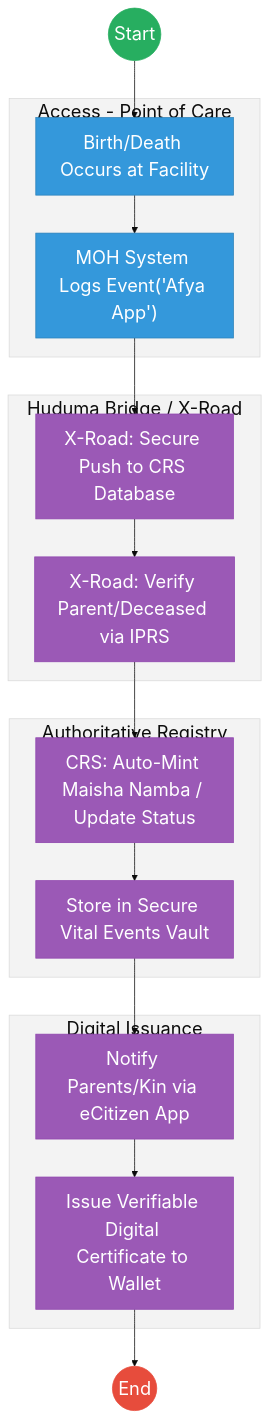
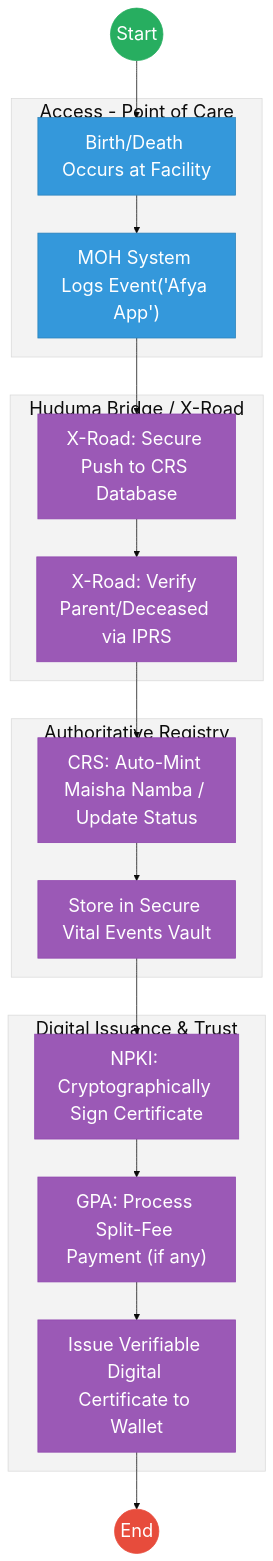
Before and after one commit to BITZ-IT-Consulting-LTD/ictapoc: the second of 2 diagrams in mdas/docs_final/priority_mdas/_CIVIL_REGISTRATION_SERVICES_CRS____Service_Delivery.md, drawn with Mermaid. The commit also changed other lines of this file and 2 other files, not shown here.

Commit message:
updated docker compose

````diff
--- a/mdas/docs_final/priority_mdas/_CIVIL_REGISTRATION_SERVICES_CRS____Service_Delivery.md
+++ b/mdas/docs_final/priority_mdas/_CIVIL_REGISTRATION_SERVICES_CRS____Service_Delivery.md
@@ -118,35 +118,36 @@
 ```mermaid
 %%{init: { 'theme': 'base', 'themeVariables': { 'fontSize': '24px', 'fontFamily': 'Inter, system-ui, sans-serif', 'primaryColor': '#ffffff', 'edgeLabelBackground':'#ffffff', 'tertiaryColor': '#f3f3f3', 'mainBkg': '#ffffff', 'nodeBorder': '#333333' } } }%%
 graph TD
     Start((Start)) --> Event["Birth/Death Occurs at Facility"]
     
     subgraph Layer1["Access - Point of Care"]
         Event --> MOH["MOH System Logs Event('Afya App')"]
     end
     
     subgraph Layer3["Huduma Bridge / X-Road"]
         MOH --> XRoad["X-Road: Secure Push to CRS Database"]
         XRoad --> IPRS["X-Road: Verify Parent/Deceased via IPRS"]
     end
     
     subgraph Layer4["Authoritative Registry"]
         IPRS --> Mint["CRS: Auto-Mint Maisha Namba / Update Status"]
         Mint --> Vault["Store in Secure Vital Events Vault"]
     end
     
-    subgraph Output["Digital Issuance"]
-        Vault --> Notify["Notify Parents/Kin via eCitizen App"]
-        Notify --> Wallet["Issue Verifiable Digital Certificate to Wallet"]
+    subgraph Output["Digital Issuance & Trust"]
+        Vault --> Sign["NPKI: Cryptographically Sign Certificate"]
+        Sign --> GPA["GPA: Process Split-Fee Payment (if any)"]
+        GPA --> Wallet["Issue Verifiable Digital Certificate to Wallet"]
     end
     
     Wallet --> End((End))
 
     classDef start fill:#27ae60,stroke:#27ae60,color:#fff,font-size:24px,font-size:24px;;
     classDef endNode fill:#e74c3c,stroke:#e74c3c,color:#fff,font-size:24px,font-size:24px;;
     classDef userTask fill:#3498db,stroke:#2980b9,color:#fff,font-size:24px,font-size:24px;;
     classDef serviceTask fill:#9b59b6,stroke:#8e44ad,color:#fff,font-size:24px,font-size:24px;;
     class Start start;
     class End endNode;
     class Event,MOH userTask;
-    class XRoad,IPRS,Mint,Vault,Notify,Wallet serviceTask;
+    class XRoad,IPRS,Mint,Vault,Sign,GPA,Wallet serviceTask;
 ```
````
